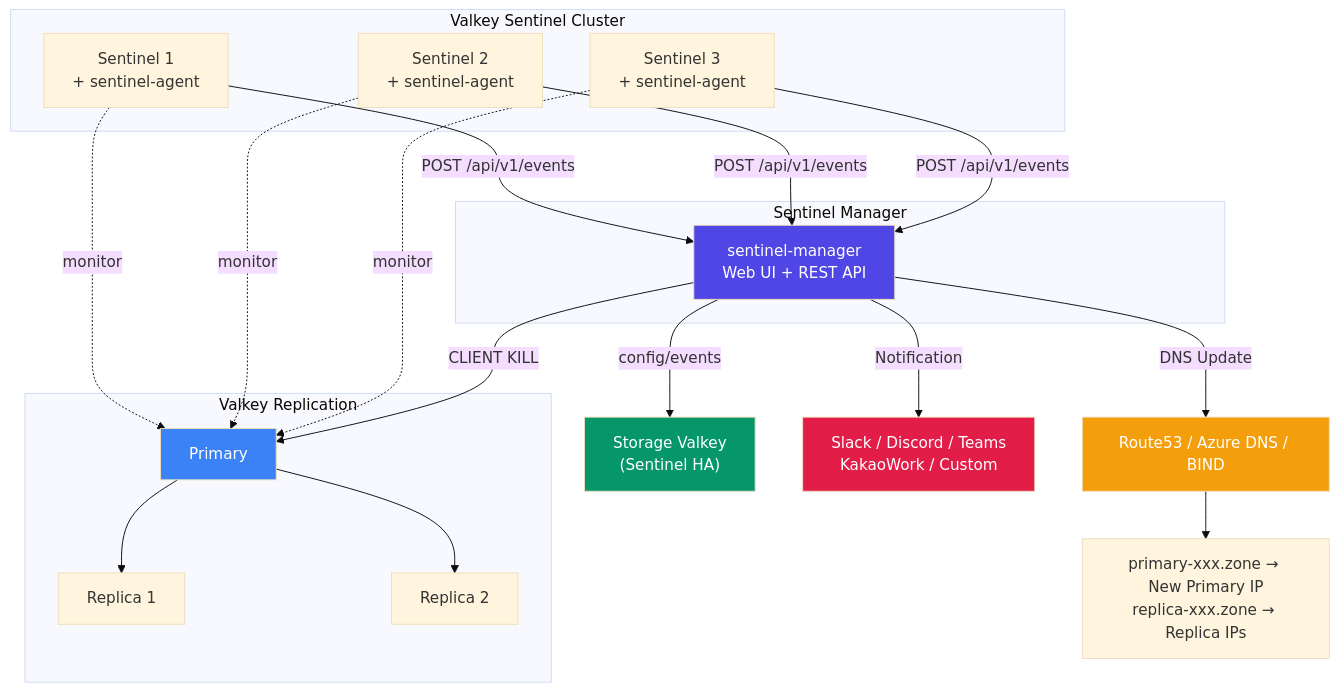
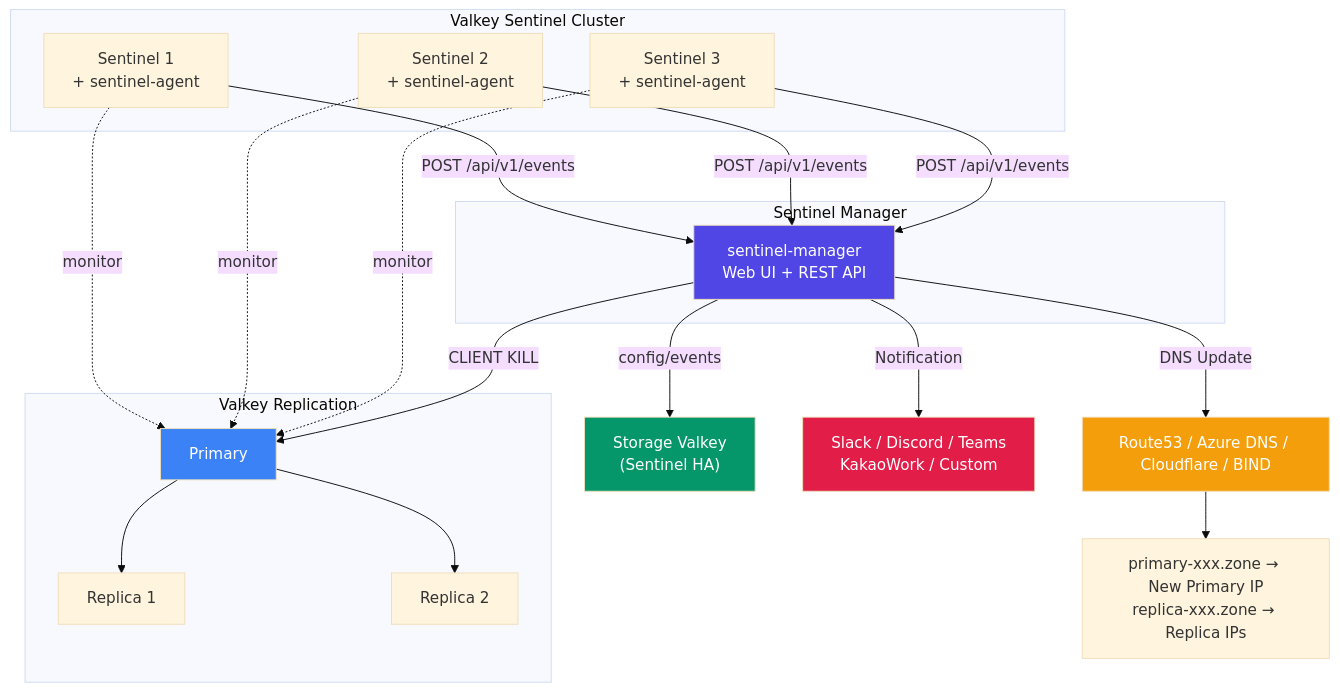
One commit to chals-go/valkey-sentinel-manager changed the first of 5 diagrams in README.md. Above: the diagram before and after it, drawn with Mermaid (base theme). The commit also changed other lines of this file and 20 other files, not shown here.

First line of the commit message:
Cloudflare DNS Provider 추가 및 전체 테스트 보강

````diff
--- a/README.md
+++ b/README.md
@@ -20,41 +20,41 @@
 ```mermaid
 graph TD
     subgraph "Valkey Sentinel Cluster"
         S1["Sentinel 1<br/>+ sentinel-agent"]
         S2["Sentinel 2<br/>+ sentinel-agent"]
         S3["Sentinel 3<br/>+ sentinel-agent"]
     end
 
     subgraph "Valkey Replication"
         P["Primary"]
         R1["Replica 1"]
         R2["Replica 2"]
         P --> R1
         P --> R2
     end
 
     subgraph "Sentinel Manager"
         SM["sentinel-manager<br/>Web UI + REST API"]
     end
 
     S1 -->|"POST /api/v1/events"| SM
     S2 -->|"POST /api/v1/events"| SM
     S3 -->|"POST /api/v1/events"| SM
 
     S1 -.->|monitor| P
     S2 -.->|monitor| P
     S3 -.->|monitor| P
 
     SM -->|"config/events"| VK["Storage Valkey<br/>(Sentinel HA)"]
-    SM -->|"DNS Update"| DNS["Route53 / Azure DNS / BIND"]
+    SM -->|"DNS Update"| DNS["Route53 / Azure DNS / Cloudflare / BIND"]
     SM -->|"CLIENT KILL"| P
     SM -->|"Notification"| WH["Slack / Discord / Teams<br/>KakaoWork / Custom"]
 
     DNS --> EP["primary-xxx.zone → New Primary IP<br/>replica-xxx.zone → Replica IPs"]
 
     style SM fill:#4f46e5,color:#fff
     style VK fill:#059669,color:#fff
     style DNS fill:#f59e0b,color:#fff
     style WH fill:#e11d48,color:#fff
     style P fill:#3b82f6,color:#fff
 ```
````
